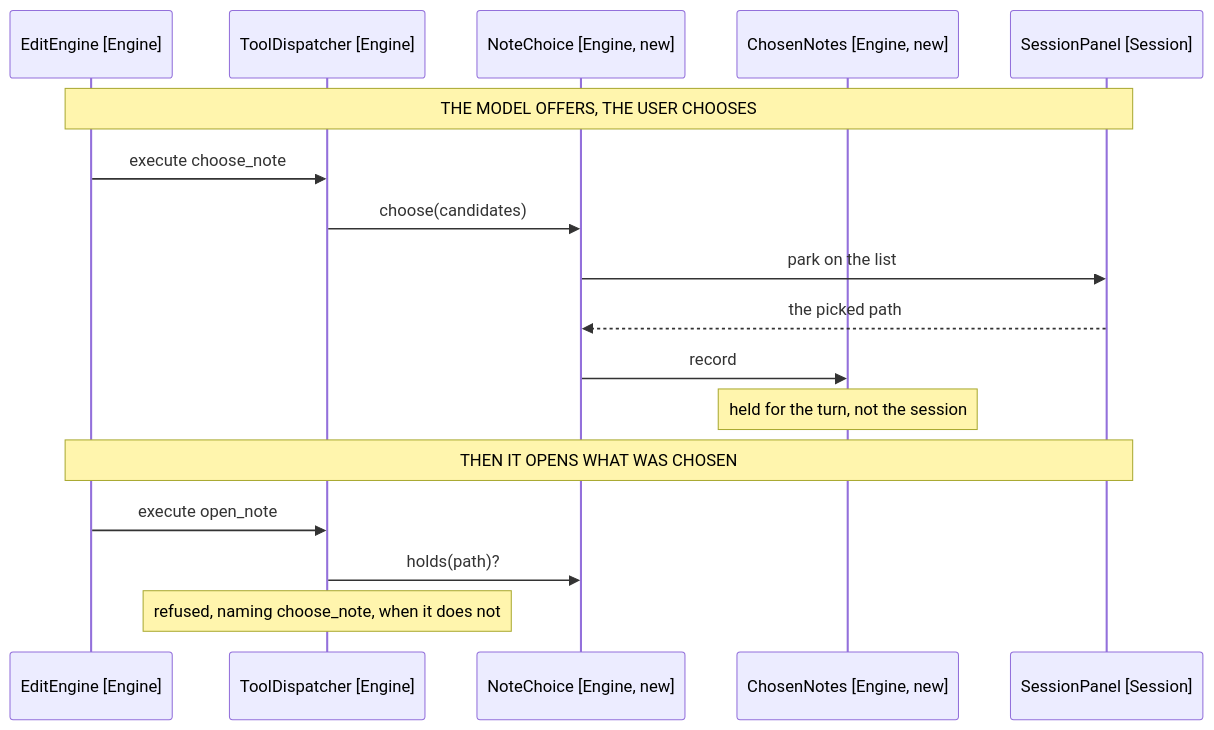
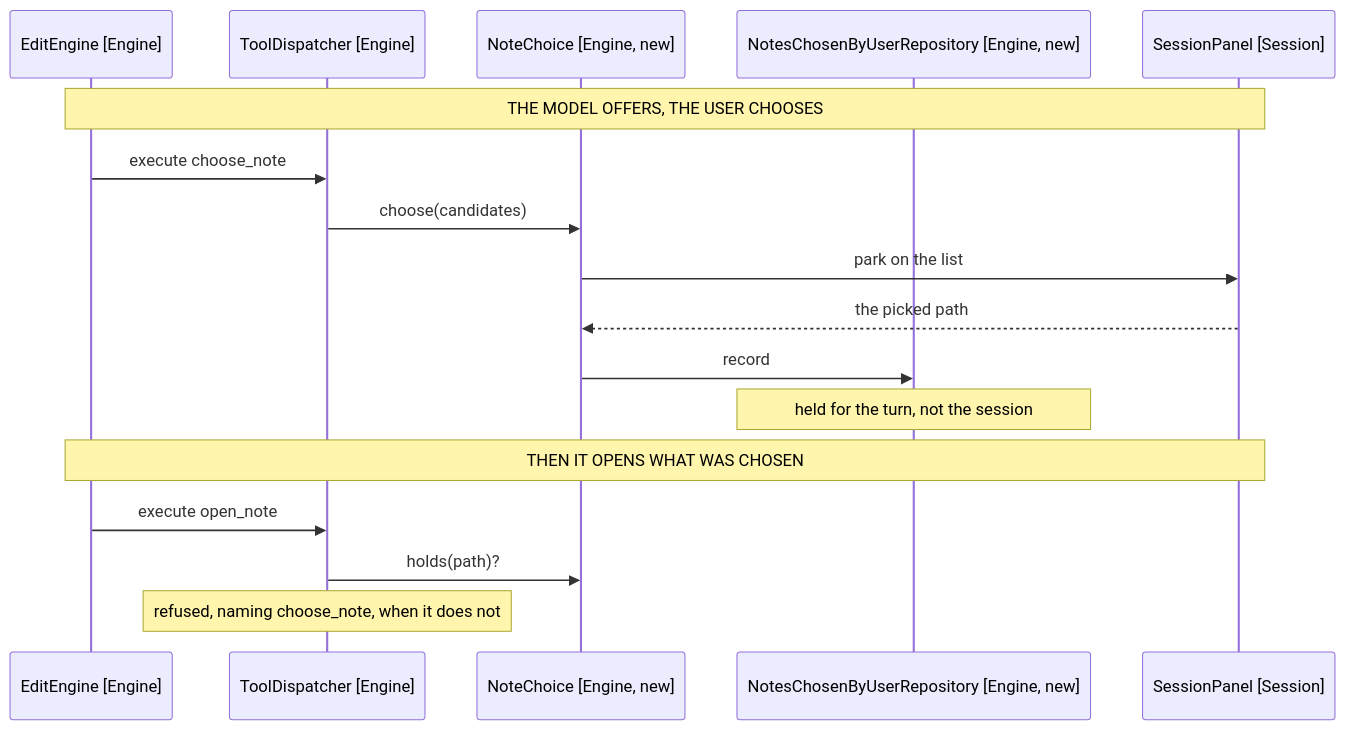
Before and after one commit to iparips/obsidian-owl: the second of 2 diagrams in docs/spec/14-choosing-the-note/3-component-design.md, drawn with Mermaid. The commit also changed other lines of this file and 36 other files, not shown here.

````diff
--- a/docs/spec/14-choosing-the-note/3-component-design.md
+++ b/docs/spec/14-choosing-the-note/3-component-design.md
@@ -225,21 +225,21 @@
 ```mermaid
 sequenceDiagram
     participant Engine as EditEngine [Engine]
     participant Dispatcher as ToolDispatcher [Engine]
     participant Choice as NoteChoice [Engine, new]
-    participant Chosen as ChosenNotes [Engine, new]
+    participant Chosen as NotesChosenByUserRepository [Engine, new]
     participant Panel as SessionPanel [Session]
 
     Note over Engine,Panel: THE MODEL OFFERS, THE USER CHOOSES
     Engine->>Dispatcher: execute choose_note
     Dispatcher->>Choice: choose(candidates)
     Choice->>Panel: park on the list
     Panel-->>Choice: the picked path
     Choice->>Chosen: record
     Note over Chosen: held for the turn, not the session
 
     Note over Engine,Panel: THEN IT OPENS WHAT WAS CHOSEN
     Engine->>Dispatcher: execute open_note
     Dispatcher->>Choice: holds(path)?
     Note over Dispatcher: refused, naming choose_note, when it does not
 ```
````
